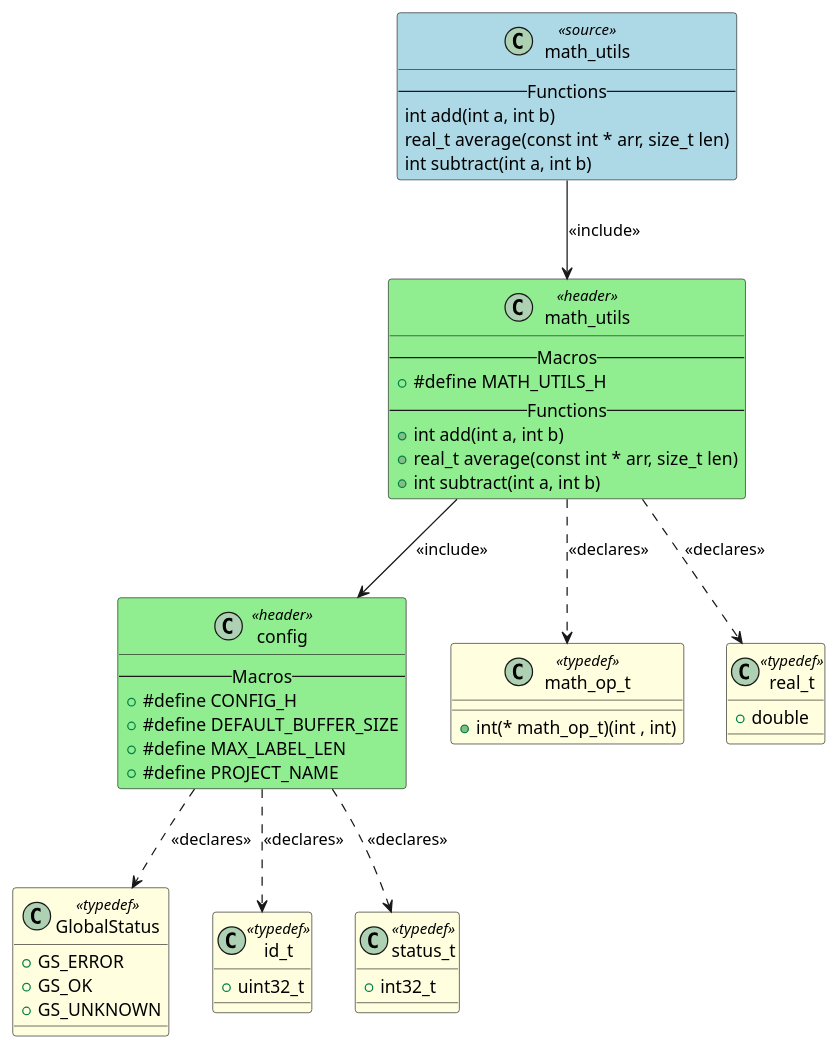
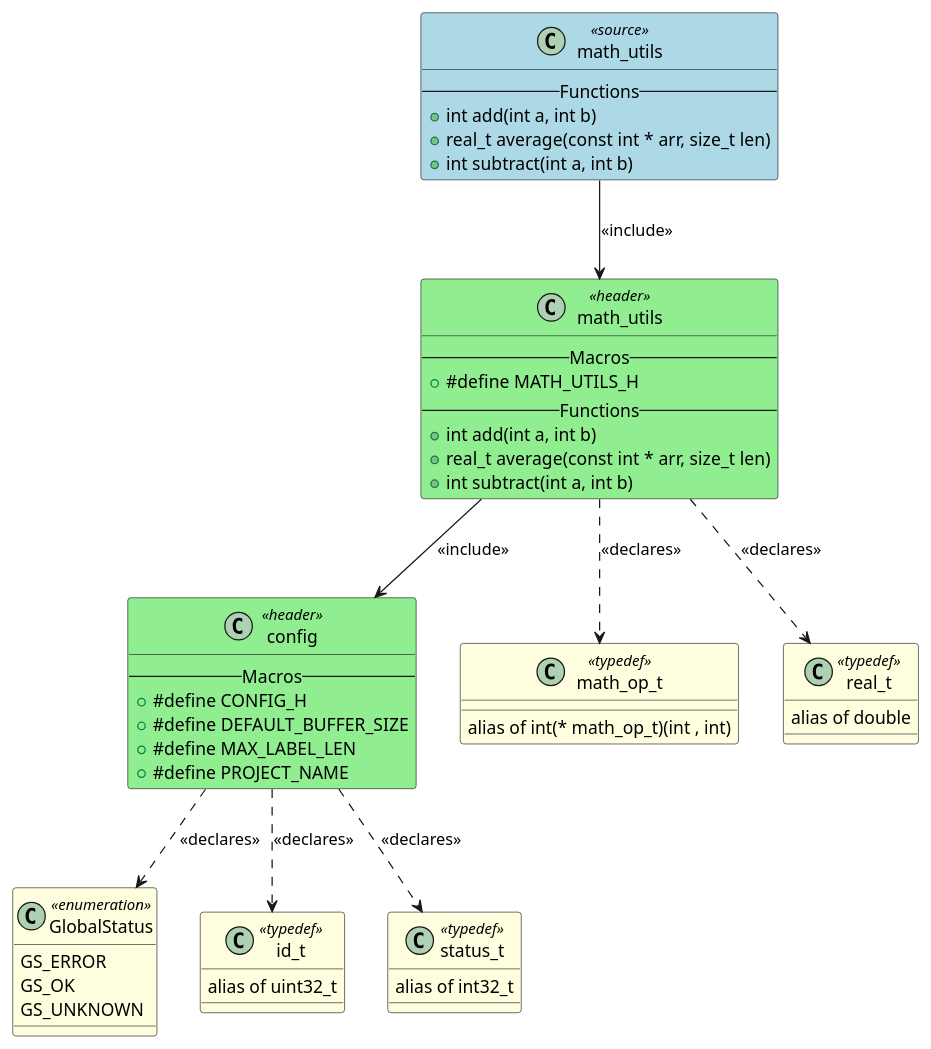
Before and after one commit to fischerjooo/c2puml: the diagram in artifacts/output_example/math_utils.puml, drawn with PlantUML. The commit also changed 31 other files, not shown here.

Commit message:
Enhance UML diagram generation with stereotypes and visibility detection

```diff
--- a/artifacts/output_example/math_utils.puml
+++ b/artifacts/output_example/math_utils.puml
@@ -1,71 +1,71 @@
 @startuml math_utils
 
 class "math_utils" as MATH_UTILS <<source>> #LightBlue
 {
     -- Functions --
-    int add(int a, int b)
-    real_t average(const int * arr, size_t len)
-    int subtract(int a, int b)
+    + int add(int a, int b)
+    + real_t average(const int * arr, size_t len)
+    + int subtract(int a, int b)
 }
 
 class "config" as HEADER_CONFIG <<header>> #LightGreen
 {
     -- Macros --
     + #define CONFIG_H
     + #define DEFAULT_BUFFER_SIZE
     + #define MAX_LABEL_LEN
     + #define PROJECT_NAME
 }
 
 class "math_utils" as HEADER_MATH_UTILS <<header>> #LightGreen
 {
     -- Macros --
     + #define MATH_UTILS_H
     -- Functions --
     + int add(int a, int b)
     + real_t average(const int * arr, size_t len)
     + int subtract(int a, int b)
 }
 
-class "GlobalStatus" as TYPEDEF_GLOBALSTATUS <<typedef>> #LightYellow
+class "GlobalStatus" as TYPEDEF_GLOBALSTATUS <<enumeration>> #LightYellow
 {
-    + GS_ERROR
-    + GS_OK
-    + GS_UNKNOWN
+    GS_ERROR
+    GS_OK
+    GS_UNKNOWN
 }
 
 class "id_t" as TYPEDEF_ID_T <<typedef>> #LightYellow
 {
-    + uint32_t
+    alias of uint32_t
 }
 
 class "status_t" as TYPEDEF_STATUS_T <<typedef>> #LightYellow
 {
-    + int32_t
+    alias of int32_t
 }
 
 class "math_op_t" as TYPEDEF_MATH_OP_T <<typedef>> #LightYellow
 {
-    + int(* math_op_t)(int , int)
+    alias of int(* math_op_t)(int , int)
 }
 
 class "real_t" as TYPEDEF_REAL_T <<typedef>> #LightYellow
 {
-    + double
+    alias of double
 }
 
 
 ' Include relationships
 MATH_UTILS --> HEADER_MATH_UTILS : <<include>>
 HEADER_MATH_UTILS --> HEADER_CONFIG : <<include>>
 
 ' Declaration relationships
 HEADER_CONFIG ..> TYPEDEF_GLOBALSTATUS : <<declares>>
 HEADER_CONFIG ..> TYPEDEF_ID_T : <<declares>>
 HEADER_CONFIG ..> TYPEDEF_STATUS_T : <<declares>>
 HEADER_MATH_UTILS ..> TYPEDEF_MATH_OP_T : <<declares>>
 HEADER_MATH_UTILS ..> TYPEDEF_REAL_T : <<declares>>
 
 ' Uses relationships
 
 @enduml
```
